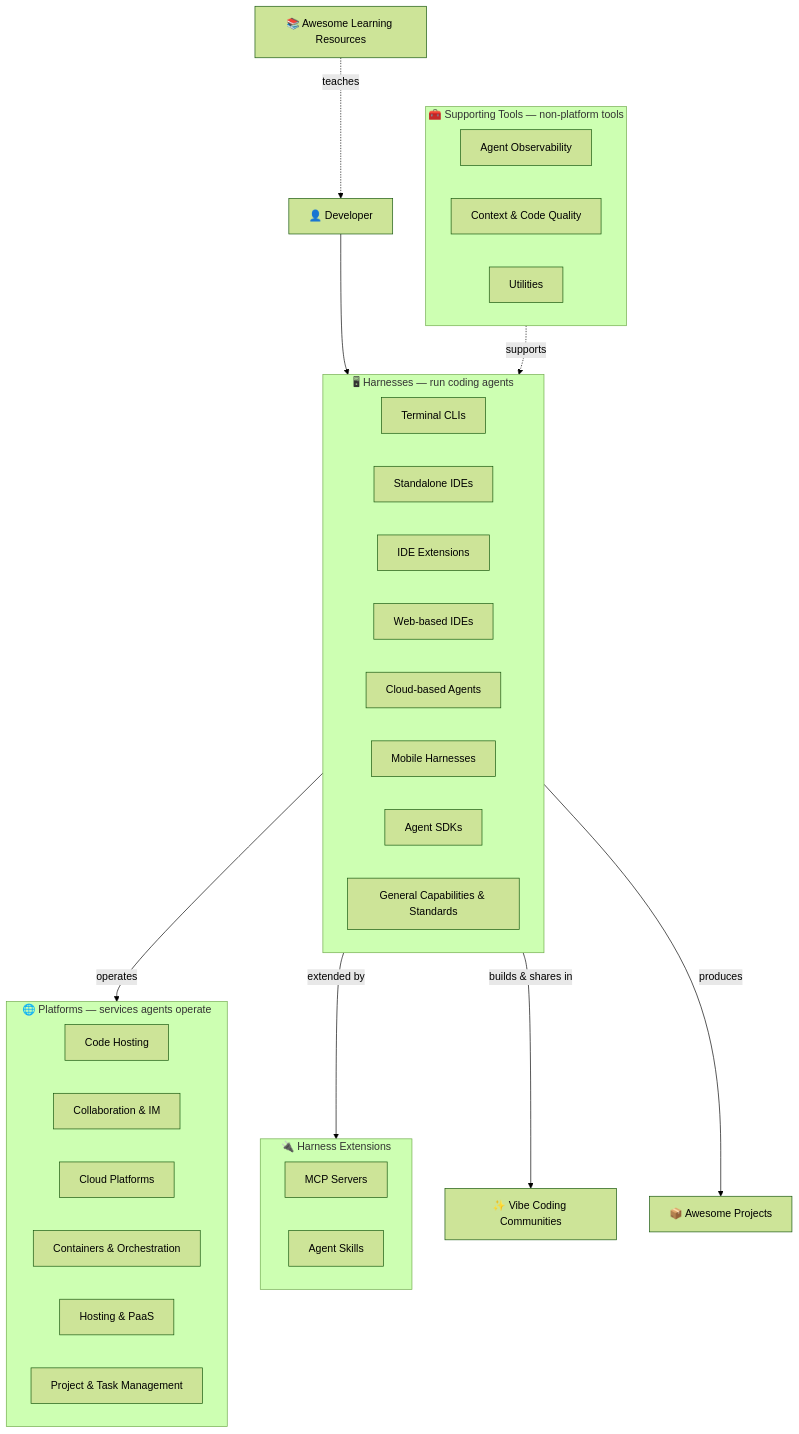
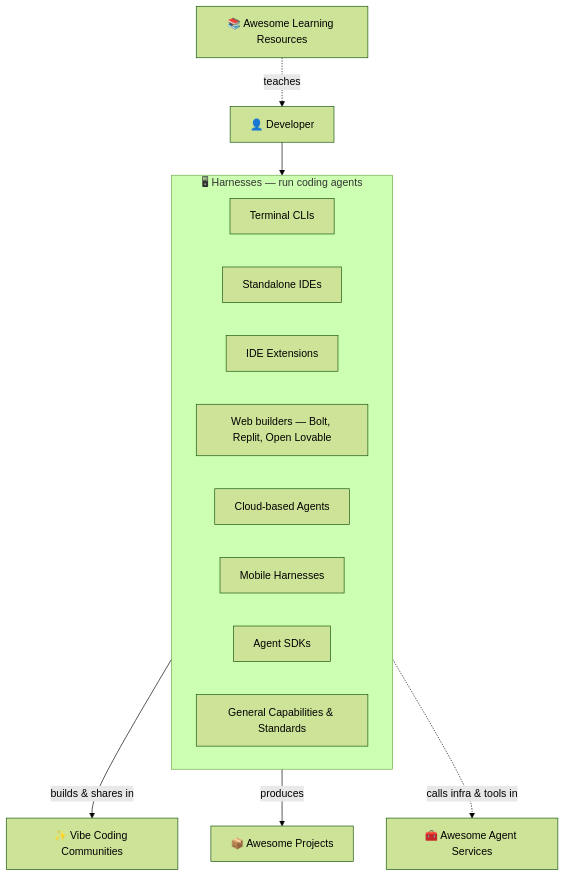
One commit to zqf20096327/ai_collect changed the diagram in data/readmes/0xWelt__Awesome-Vibe-Coding.md. Above: the diagram before and after it, drawn with Mermaid (forest theme). The commit also changed other lines of this file and 1494 other files, not shown here.

````diff
--- a/data/readmes/0xWelt__Awesome-Vibe-Coding.md
+++ b/data/readmes/0xWelt__Awesome-Vibe-Coding.md
@@ -24,51 +26,27 @@
 ```mermaid
 flowchart TB
     Dev["👤 Developer"]
 
     subgraph harnesses["🖥 Harnesses — run coding agents"]
         direction LR
         H1["Terminal CLIs"]
         H2["Standalone IDEs"]
         H3["IDE Extensions"]
-        H4["Web-based IDEs"]
+        H4["Web builders — Bolt, Replit, Open Lovable"]
         H5["Cloud-based Agents"]
         H6["Mobile Harnesses"]
         H7["Agent SDKs"]
         H8["General Capabilities & Standards"]
     end
 
-    subgraph platforms["🌐 Platforms — services agents operate"]
-        direction LR
-        P1["Code Hosting"]
-        P2["Collaboration & IM"]
-        P3["Cloud Platforms"]
-        P4["Containers & Orchestration"]
-        P5["Hosting & PaaS"]
-        P6["Project & Task Management"]
-    end
-
-    subgraph capabilities["🔌 Harness Extensions"]
-        direction LR
-        C1["MCP Servers"]
-        C2["Agent Skills"]
-    end
-
     Comm["✨ Vibe Coding Communities"]
     Proj["📦 Awesome Projects"]
     Learn["📚 Awesome Learning Resources"]
-
-    subgraph support["🧰 Supporting Tools — non-platform tools"]
-        direction LR
-        S1["Agent Observability"]
-        S2["Context & Code Quality"]
-        S3["Utilities"]
-    end
+    AAS["🧰 Awesome Agent Services"]
 
     Dev --> harnesses
-    harnesses -->|operates| platforms
-    harnesses -->|extended by| capabilities
     harnesses -->|builds & shares in| Comm
     harnesses -->|produces| Proj
-    support -.->|supports| harnesses
     Learn -.->|teaches| Dev
+    harnesses -.->|calls infra & tools in| AAS
 ```
````
